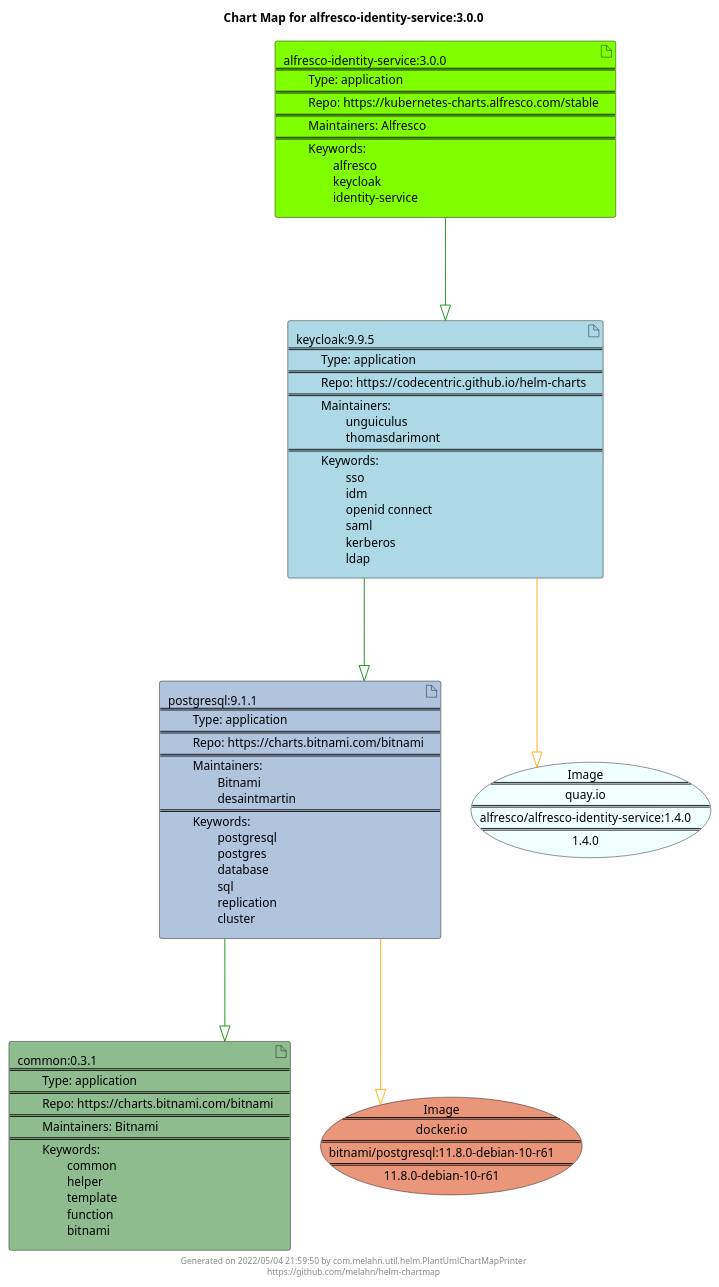
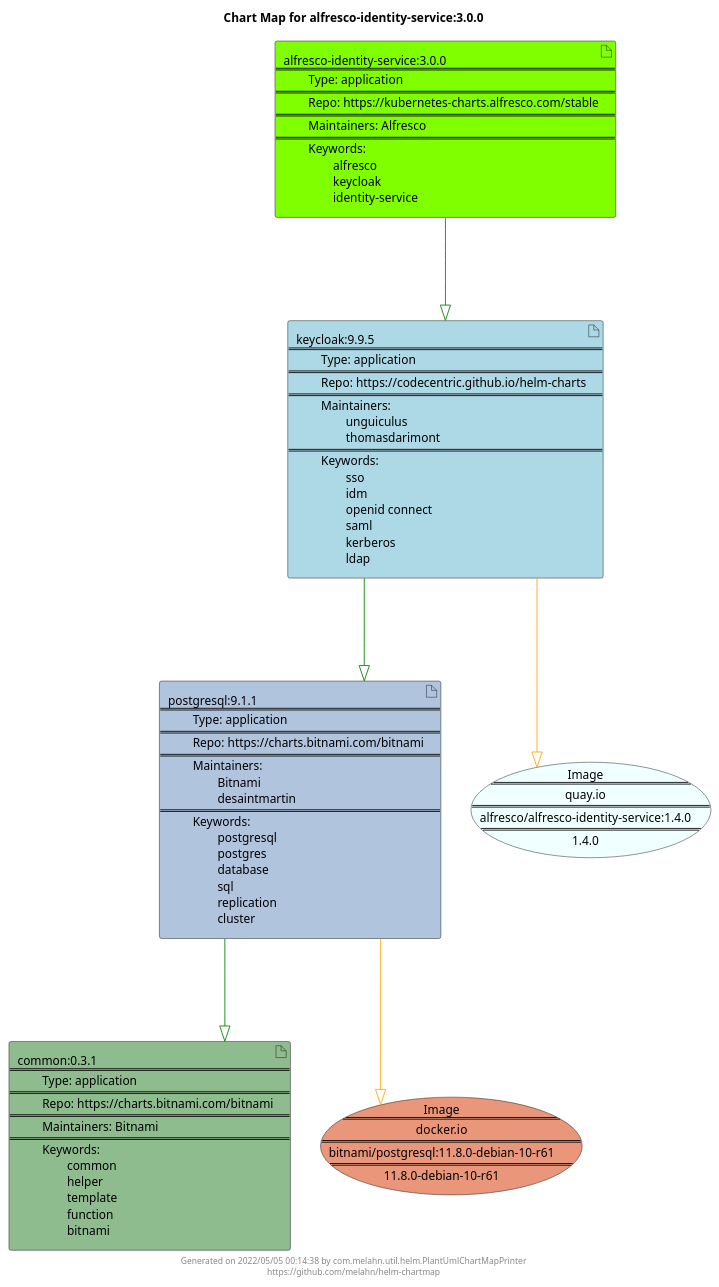
One commit to melahn/helm-chartmap changed the diagram in docs/alfresco-identity-service/alfresco-identity-service-3.0.0.puml. Above: the diagram before and after it, drawn with PlantUML. The commit also changed 62 other files, not shown here.

Commit message:
Update Example Chart Maps as part of GitHub build

```diff
--- a/docs/alfresco-identity-service/alfresco-identity-service-3.0.0.puml
+++ b/docs/alfresco-identity-service/alfresco-identity-service-3.0.0.puml
@@ -1,29 +1,29 @@
 @startuml
 skinparam linetype ortho
 skinparam backgroundColor white
 skinparam usecaseBorderColor black
 skinparam usecaseArrowColor LightSlateGray
 skinparam artifactBorderColor black
 skinparam artifactArrowColor LightSlateGray
 
 title Chart Map for alfresco-identity-service:3.0.0
 
 'There are 4 referenced Helm Charts
 artifact "postgresql:9.1.1\n====\n\tType: application\n====\n\tRepo: https://charts.bitnami.com/bitnami\n====\n\tMaintainers: \n\t\tBitnami\n\t\tdesaintmartin\n====\n\tKeywords: \n\t\tpostgresql\n\t\tpostgres\n\t\tdatabase\n\t\tsql\n\t\treplication\n\t\tcluster" as postgresql_9_1_1 #LightSteelBlue
 artifact "alfresco-identity-service:3.0.0\n====\n\tType: application\n====\n\tRepo: https://kubernetes-charts.alfresco.com/stable\n====\n\tMaintainers: Alfresco\n====\n\tKeywords: \n\t\talfresco\n\t\tkeycloak\n\t\tidentity-service" as alfresco_identity_service_3_0_0 #Chartreuse
 artifact "keycloak:9.9.5\n====\n\tType: application\n====\n\tRepo: https://codecentric.github.io/helm-charts\n====\n\tMaintainers: \n\t\tunguiculus\n\t\tthomasdarimont\n====\n\tKeywords: \n\t\tsso\n\t\tidm\n\t\topenid connect\n\t\tsaml\n\t\tkerberos\n\t\tldap" as keycloak_9_9_5 #LightBlue
 artifact "common:0.3.1\n====\n\tType: application\n====\n\tRepo: https://charts.bitnami.com/bitnami\n====\n\tMaintainers: Bitnami\n====\n\tKeywords: \n\t\tcommon\n\t\thelper\n\t\ttemplate\n\t\tfunction\n\t\tbitnami" as common_0_3_1 #DarkSeaGreen
 
 'There are 2 referenced Docker Images
 usecase "Image\n====\ndocker.io\n====\nbitnami/postgresql:11.8.0-debian-10-r61\n====\n11.8.0-debian-10-r61" as docker_io_bitnami_postgresql_11_8_0_debian_10_r61 #DarkSalmon
 usecase "Image\n====\nquay.io\n====\nalfresco/alfresco-identity-service:1.4.0\n====\n1.4.0" as quay_io_alfresco_alfresco_identity_service_1_4_0 #Azure
 
 'Chart Dependencies
 alfresco_identity_service_3_0_0--[#green]-|>keycloak_9_9_5
 keycloak_9_9_5--[#green]-|>postgresql_9_1_1
 postgresql_9_1_1--[#green]-|>common_0_3_1
 postgresql_9_1_1--[#orange]-|>docker_io_bitnami_postgresql_11_8_0_debian_10_r61
 keycloak_9_9_5--[#orange]-|>quay_io_alfresco_alfresco_identity_service_1_4_0
 
-center footer Generated on 2022/05/04 21:59:50 by com.melahn.util.helm.PlantUmlChartMapPrinter\nhttps://github.com/melahn/helm-chartmap
+center footer Generated on 2022/05/05 00:14:38 by com.melahn.util.helm.PlantUmlChartMapPrinter\nhttps://github.com/melahn/helm-chartmap
 @enduml
```
